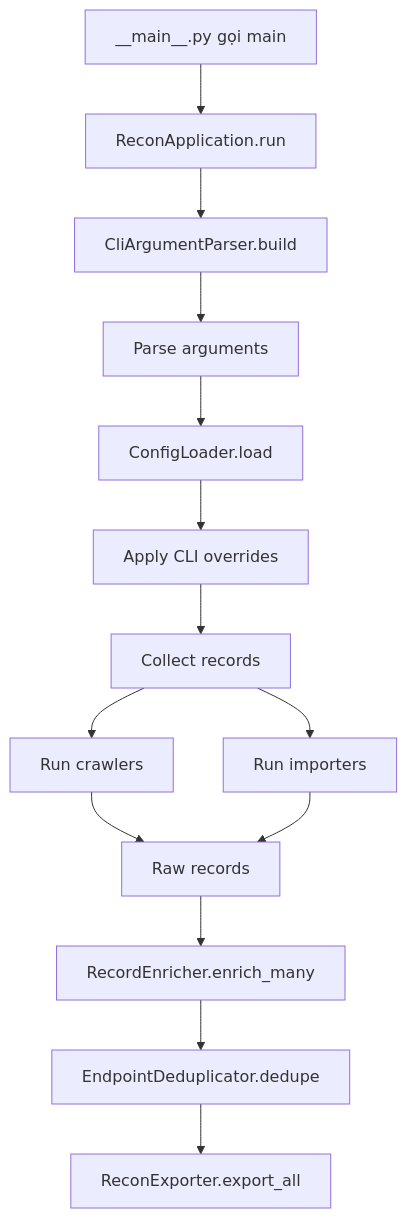
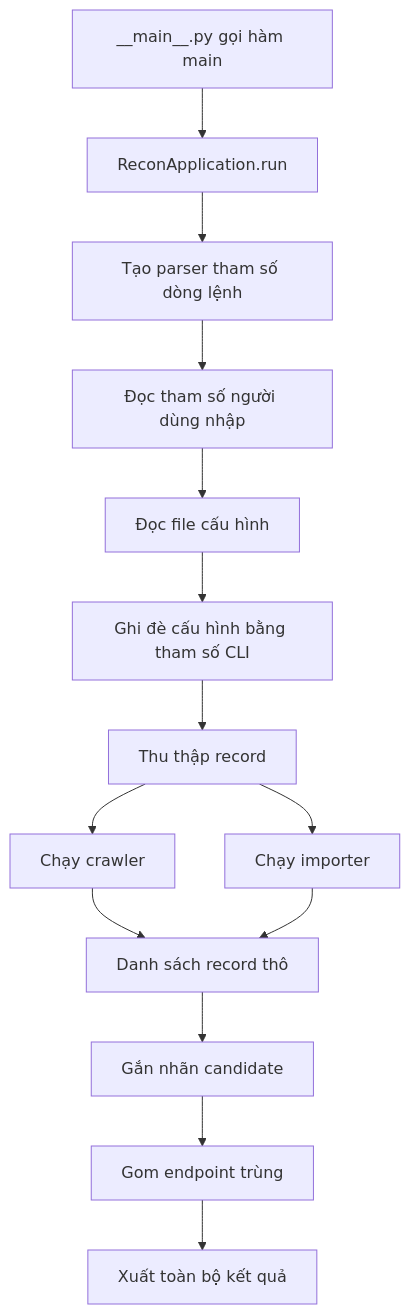
Before and after one commit to penguino7/toolkiemthu: the second of 11 diagrams in RECON_FLOW.md, drawn with Mermaid. The commit also changed other lines of this file, not shown here.

Commit message:
Update lại file recon

````diff
--- a/RECON_FLOW.md
+++ b/RECON_FLOW.md
@@ -35,16 +45,16 @@
 ```mermaid
 flowchart TD
-    A[__main__.py gọi main] --> B[ReconApplication.run]
-    B --> C[CliArgumentParser.build]
-    C --> D[Parse arguments]
-    D --> E[ConfigLoader.load]
-    E --> F[Apply CLI overrides]
-    F --> G[Collect records]
-    G --> H[Run crawlers]
-    G --> I[Run importers]
-    H --> J[Raw records]
+    A[__main__.py gọi hàm main] --> B[ReconApplication.run]
+    B --> C[Tạo parser tham số dòng lệnh]
+    C --> D[Đọc tham số người dùng nhập]
+    D --> E[Đọc file cấu hình]
+    E --> F[Ghi đè cấu hình bằng tham số CLI]
+    F --> G[Thu thập record]
+    G --> H[Chạy crawler]
+    G --> I[Chạy importer]
+    H --> J[Danh sách record thô]
     I --> J
-    J --> K[RecordEnricher.enrich_many]
-    K --> L[EndpointDeduplicator.dedupe]
-    L --> M[ReconExporter.export_all]
+    J --> K[Gắn nhãn candidate]
+    K --> L[Gom endpoint trùng]
+    L --> M[Xuất toàn bộ kết quả]
 ```
````
